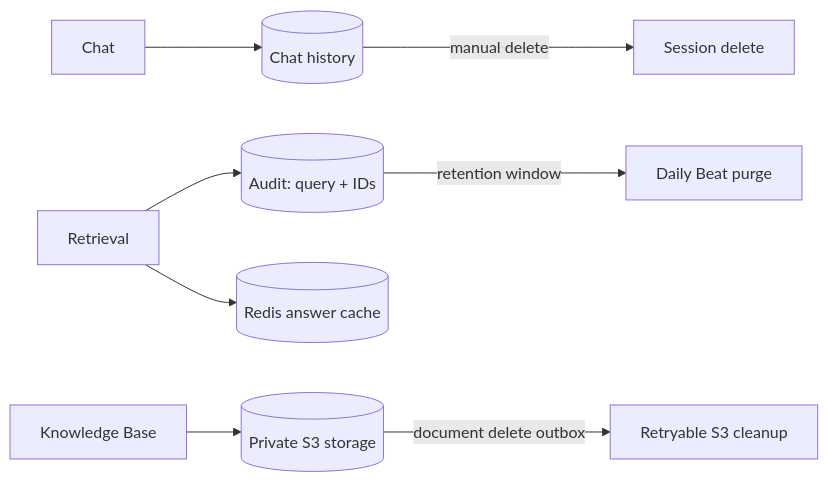
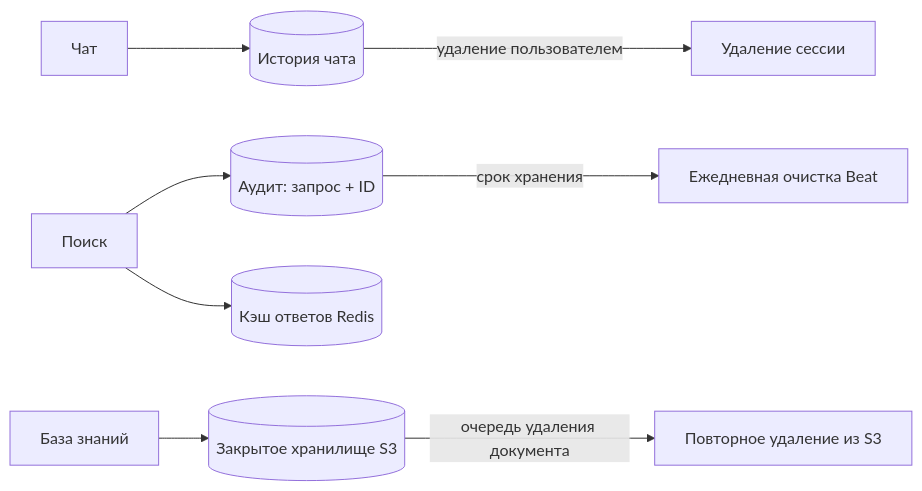
The diagram in docs/platform/data-retention.md (vladweat/docwise), drawn with Mermaid before and after one commit. The commit also changed other lines of this file and 51 other files, not shown here.

````diff
--- a/docs/platform/data-retention.md
+++ b/docs/platform/data-retention.md
@@ -8,10 +8,10 @@
 ```mermaid
 flowchart LR
-  User[Chat] --> Session[(Chat history)]
-  Search[Retrieval] --> Audit[(Audit: query + IDs)]
-  Upload[Knowledge Base] --> Files[(Private S3 storage)]
-  Search --> Cache[(Redis answer cache)]
-  Audit -->|retention window| Purge[Daily Beat purge]
-  Session -->|manual delete| Delete[Session delete]
-  Files -->|document delete outbox| Cleanup[Retryable S3 cleanup]
+  User[Чат] --> Session[(История чата)]
+  Search[Поиск] --> Audit[(Аудит: запрос + ID)]
+  Upload[База знаний] --> Files[(Закрытое хранилище S3)]
+  Search --> Cache[(Кэш ответов Redis)]
+  Audit -->|срок хранения| Purge[Ежедневная очистка Beat]
+  Session -->|удаление пользователем| Delete[Удаление сессии]
+  Files -->|очередь удаления документа| Cleanup[Повторное удаление из S3]
 ```
````
